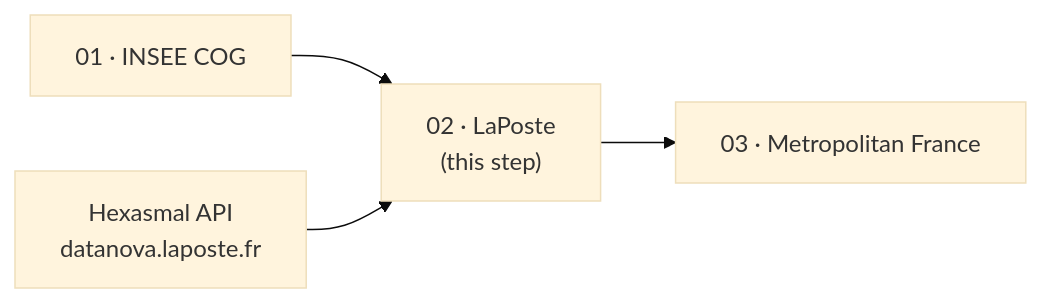
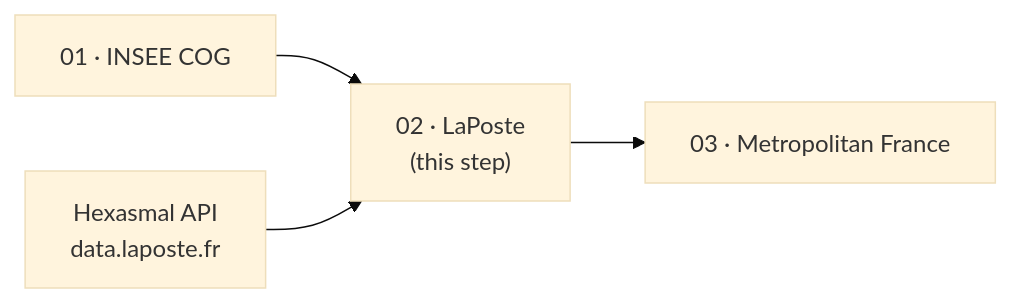
The first of 2 diagrams in docs/explanation/steps/02-download-laposte.md (stroppycow/geo-collect), drawn with Mermaid (base theme) before and after one commit. The commit also changed 4 other files, not shown here.

Commit message:
Updata Endpoint laposte API

````diff
--- a/docs/explanation/steps/02-download-laposte.md
+++ b/docs/explanation/steps/02-download-laposte.md
@@ -33,6 +33,6 @@
 ```mermaid
 flowchart LR
     E01[01 · INSEE COG] --> E02
-    B[Hexasmal API<br/>datanova.laposte.fr] --> E02
+    B[Hexasmal API<br/>data.laposte.fr] --> E02
     E02["02 · LaPoste<br/>(this step)"] --> E03[03 · Metropolitan France]
 ```
````
